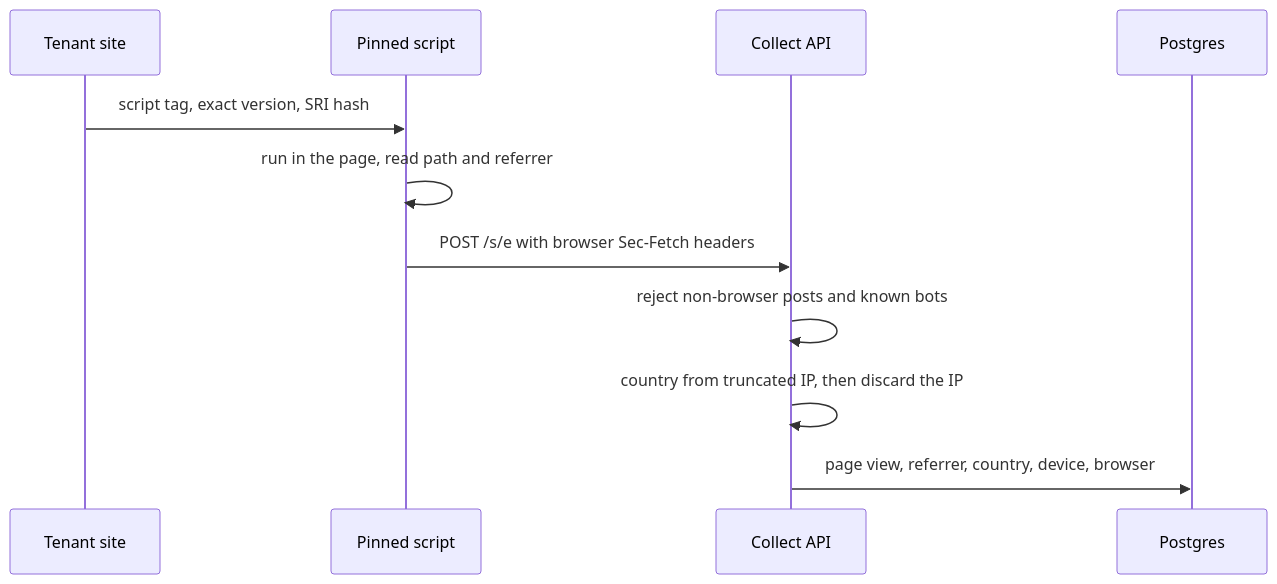
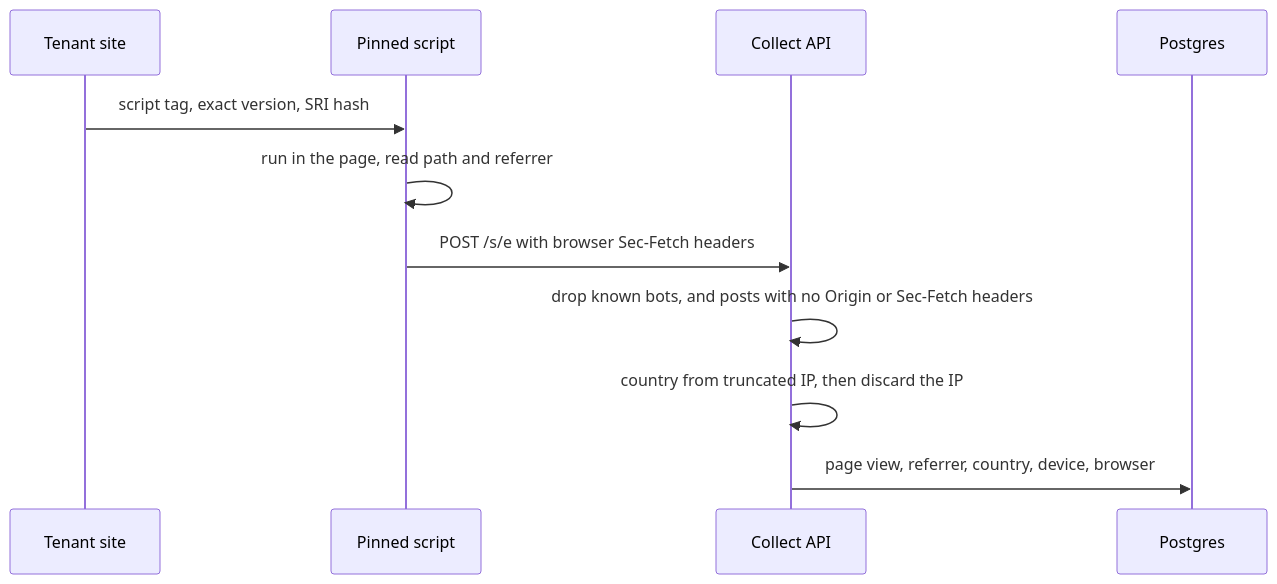
Before and after one commit to HeylmStoned/scf-analytics-docs: the diagram in web-analytics.md, drawn with Mermaid. The commit also changed 2 other files, not shown here.

Commit message:
State enrollment, bot checks, and latency buckets plainly.

````diff
--- a/web-analytics.md
+++ b/web-analytics.md
@@ -5,14 +5,14 @@
 ```mermaid
 sequenceDiagram
   participant Page as Tenant site
   participant JS as Pinned script
   participant In as Collect API
   participant DB as Postgres
 
   Page->>JS: script tag, exact version, SRI hash
   JS->>JS: run in the page, read path and referrer
   JS->>In: POST /s/e with browser Sec-Fetch headers
-  In->>In: reject non-browser posts and known bots
+  In->>In: drop known bots, and posts with no Origin or Sec-Fetch headers
   In->>In: country from truncated IP, then discard the IP
   In->>DB: page view, referrer, country, device, browser
 ```
````
